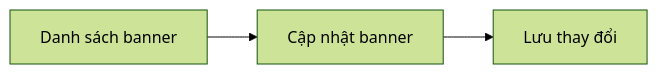
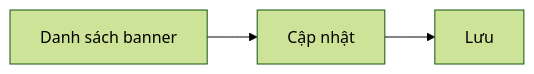
The diagram in Result/modules/quan-ly-banner.md (ldphu410/Analyze), drawn with Mermaid (forest theme) before and after one commit. The commit also changed other lines of this file and 64 other files, not shown here.

````diff
--- a/Result/modules/quan-ly-banner.md
+++ b/Result/modules/quan-ly-banner.md
@@ -70,5 +65,5 @@
 ```mermaid
 flowchart LR
-  List[Danh sách banner] --> Update[Cập nhật banner]
-  Update --> Save[Lưu thay đổi]
+  List[Danh sách banner] --> Update[Cập nhật]
+  Update --> Save[Lưu]
 ```
````
